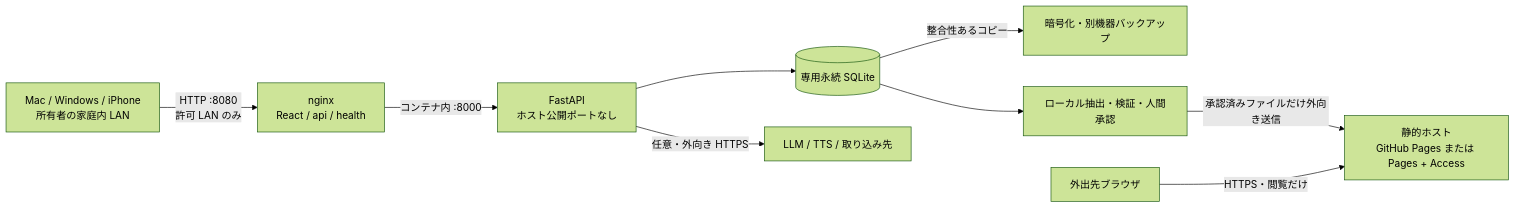
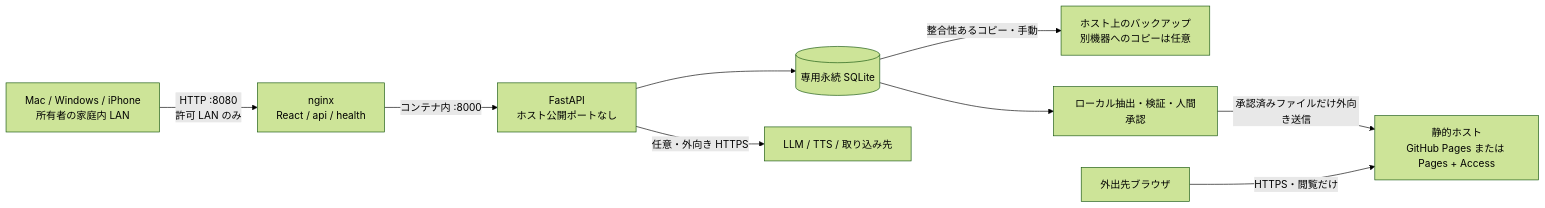
The diagram in docs/adr/0001-local-lan-and-remote-readonly-hosting.md (Yuki-Watanabe7/french-begginer), drawn with Mermaid (forest theme) before and after one commit. The commit also changed other lines of this file and 28 other files, not shown here.

````diff
--- a/docs/adr/0001-local-lan-and-remote-readonly-hosting.md
+++ b/docs/adr/0001-local-lan-and-remote-readonly-hosting.md
@@ -42,11 +42,11 @@
 ```mermaid
 flowchart LR
   devices[Mac / Windows / iPhone<br/>所有者の家庭内 LAN] -->|HTTP :8080<br/>許可 LAN のみ| nginx[nginx<br/>React / api / health]
   nginx -->|コンテナ内 :8000| api[FastAPI<br/>ホスト公開ポートなし]
   api --> db[(専用永続 SQLite)]
   api -->|任意・外向き HTTPS| providers[LLM / TTS / 取り込み先]
-  db -->|整合性あるコピー| backup[暗号化・別機器バックアップ]
+  db -->|整合性あるコピー・手動| backup[ホスト上のバックアップ<br/>別機器へのコピーは任意]
   db --> export[ローカル抽出・検証・人間承認]
   export -->|承認済みファイルだけ外向き送信| static[静的ホスト<br/>GitHub Pages または Pages + Access]
   phone[外出先ブラウザ] -->|HTTPS・閲覧だけ| static
 ```
````
